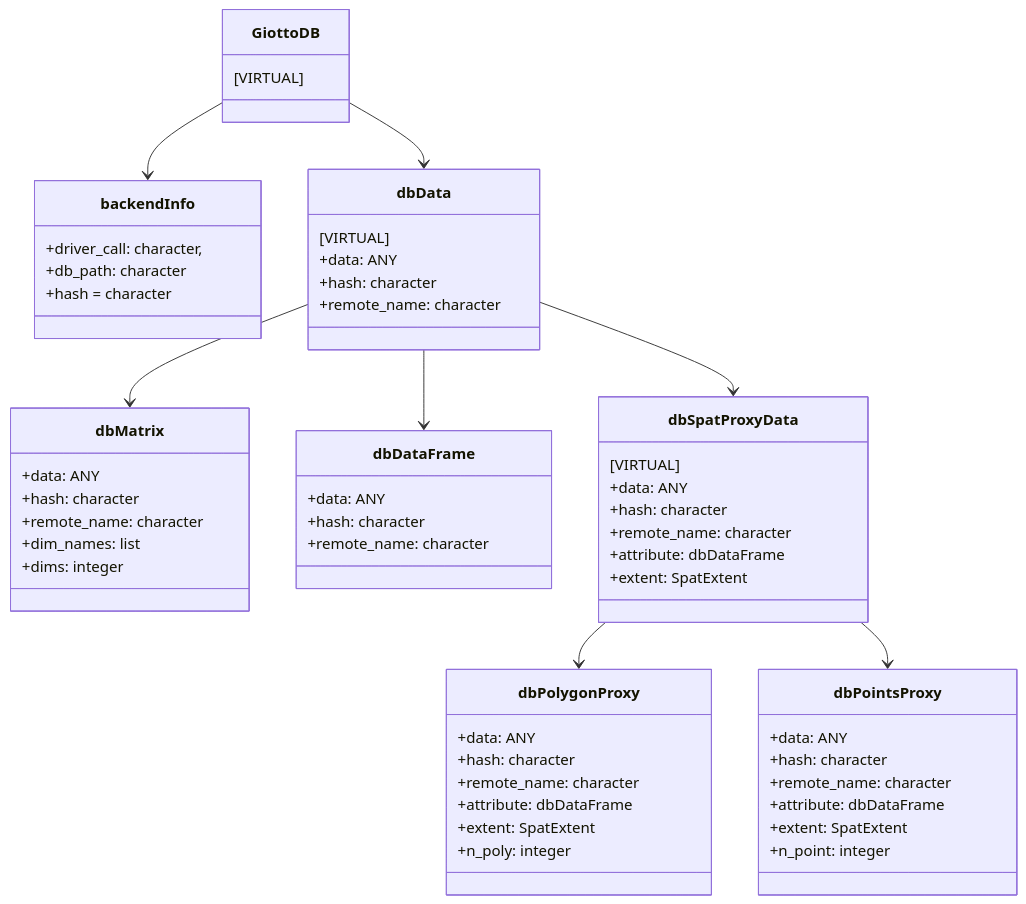
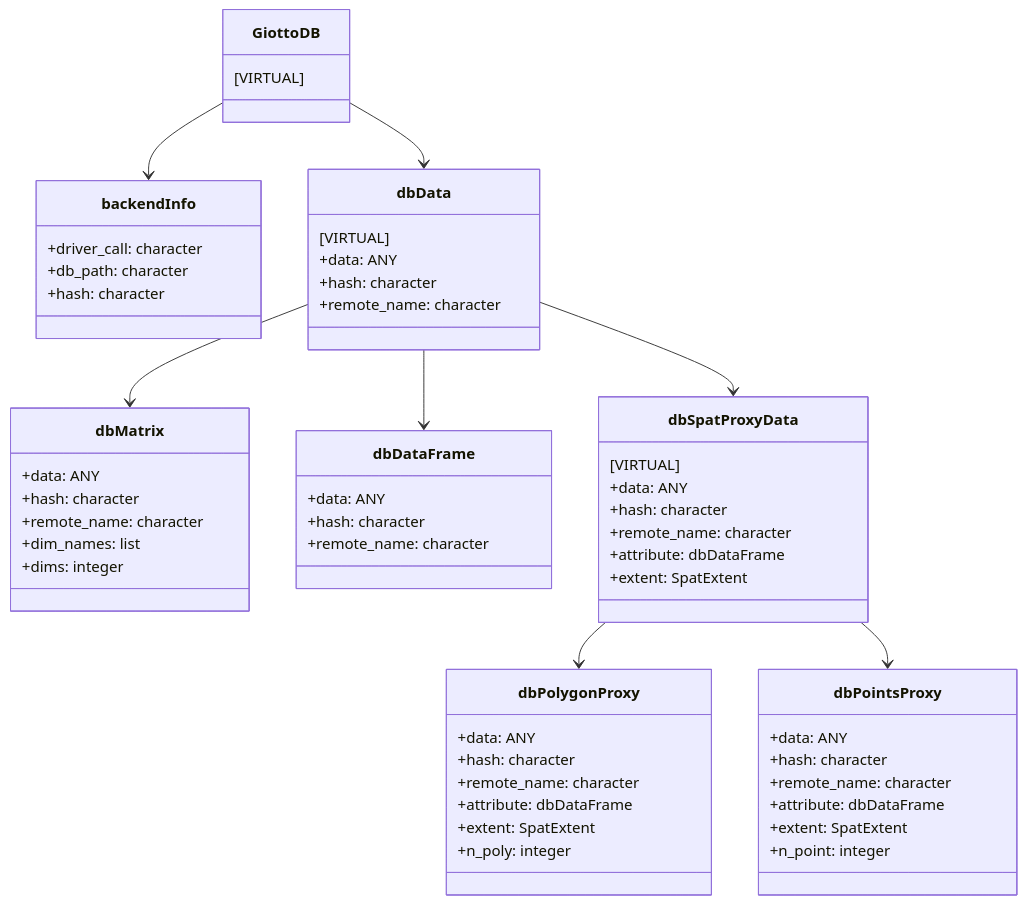
One commit to dbverse-org/dbmatrix-r changed the diagram in doc/class_diagram.md. Above: the diagram before and after it, drawn with Mermaid.

````diff
--- a/doc/class_diagram.md
+++ b/doc/class_diagram.md
@@ -6,61 +6,61 @@
 ``` mermaid
 classDiagram
 class GiottoDB {[VIRTUAL]}
 class backendInfo {
-  +driver_call: character,
+  +driver_call: character
   +db_path: character
-  +hash = character
+  +hash: character
 }
 class dbData {
   [VIRTUAL]
   
   +data: ANY
   +hash: character
   +remote_name: character
 }
 class dbMatrix {
   +data: ANY
   +hash: character
   +remote_name: character
   +dim_names: list
   +dims: integer
 }
 class dbDataFrame {
   +data: ANY
   +hash: character
   +remote_name: character
 }
 class dbSpatProxyData {
   [VIRTUAL]
   
   +data: ANY
   +hash: character
   +remote_name: character
   +attribute: dbDataFrame
   +extent: SpatExtent
 }
 class dbPolygonProxy {
   +data: ANY
   +hash: character
   +remote_name: character
   +attribute: dbDataFrame
   +extent: SpatExtent
   +n_poly: integer
 }
 class dbPointsProxy {
   +data: ANY
   +hash: character
   +remote_name: character
   +attribute: dbDataFrame
   +extent: SpatExtent
   +n_point: integer
 }
 
 GiottoDB --> dbData
 GiottoDB --> backendInfo
 dbData --> dbDataFrame
 dbData --> dbMatrix
 dbData --> dbSpatProxyData
 dbSpatProxyData --> dbPolygonProxy
 dbSpatProxyData --> dbPointsProxy
 ```
````
